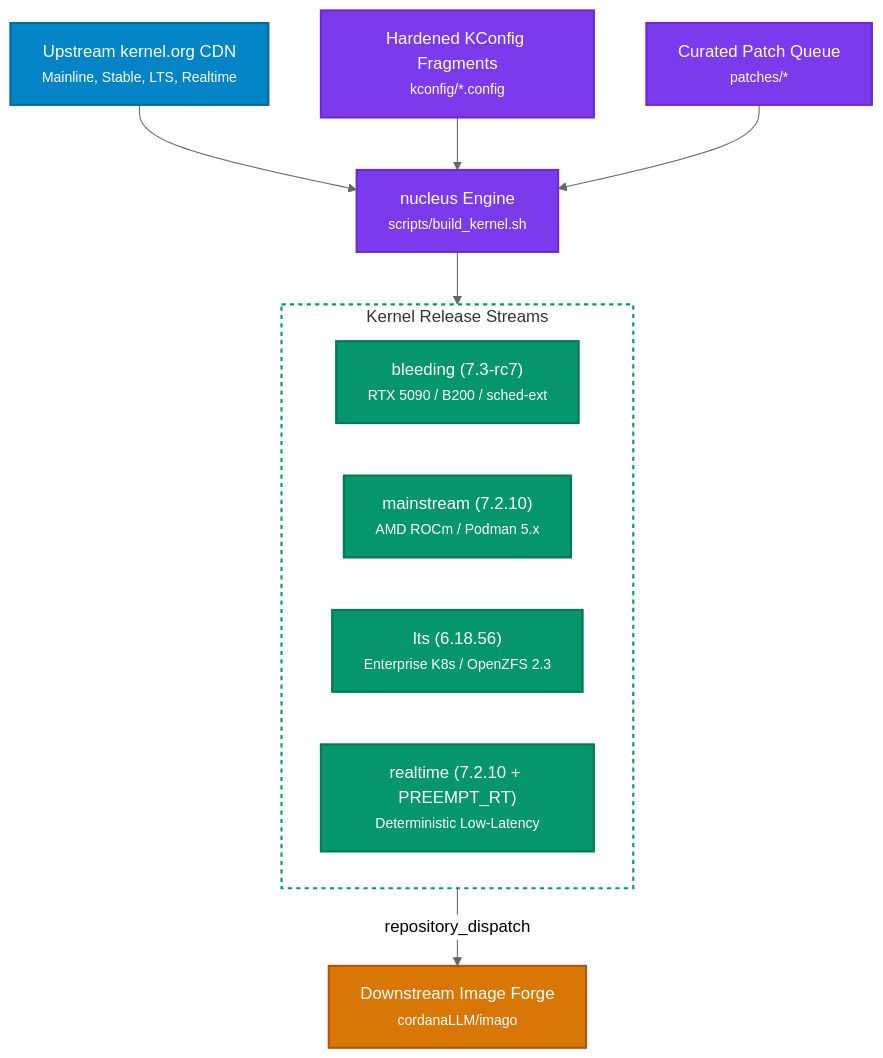
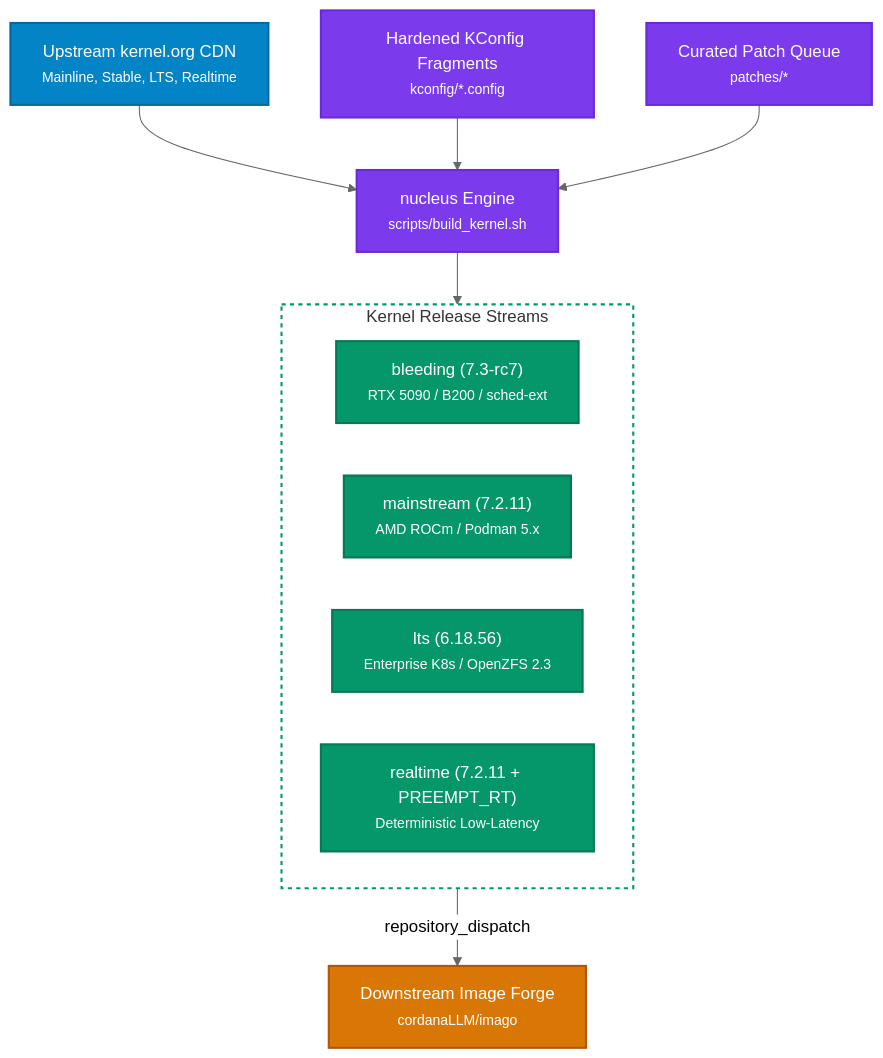
The diagram in README.md (cordanaLLM/nucleus), drawn with Mermaid (neutral theme) before and after one commit. The commit also changed other lines of this file and 18 other files, not shown here.

First line of the commit message:
chore(streams): move mainstream and realtime to Linux 7.2.11 (#241)

````diff
--- a/README.md
+++ b/README.md
@@ -49,29 +49,29 @@
 ```mermaid
 flowchart TD
     classDef upstream fill:#0284c7,stroke:#0369a1,stroke-width:2px,color:#ffffff
     classDef engine fill:#7c3aed,stroke:#6d28d9,stroke-width:2px,color:#ffffff
     classDef stream fill:#059669,stroke:#047857,stroke-width:2px,color:#ffffff
     classDef dest fill:#d97706,stroke:#b45309,stroke-width:2px,color:#ffffff
 
     Upstream["Upstream kernel.org CDN<br/><small>Mainline, Stable, LTS, Realtime</small>"]:::upstream
     Forge["nucleus Engine<br/><small>scripts/build_kernel.sh</small>"]:::engine
     KConfig["Hardened KConfig Fragments<br/><small>kconfig/*.config</small>"]:::engine
     Patches["Curated Patch Queue<br/><small>patches/*</small>"]:::engine
 
     subgraph Streams["Kernel Release Streams"]
         Bleeding["bleeding (7.3-rc7)<br/><small>RTX 5090 / B200 / sched-ext</small>"]:::stream
-        Mainstream["mainstream (7.2.10)<br/><small>AMD ROCm / Podman 5.x</small>"]:::stream
+        Mainstream["mainstream (7.2.11)<br/><small>AMD ROCm / Podman 5.x</small>"]:::stream
         LTS["lts (6.18.56)<br/><small>Enterprise K8s / OpenZFS 2.3</small>"]:::stream
-        RT["realtime (7.2.10 + PREEMPT_RT)<br/><small>Deterministic Low-Latency</small>"]:::stream
+        RT["realtime (7.2.11 + PREEMPT_RT)<br/><small>Deterministic Low-Latency</small>"]:::stream
     end
 
     Downstream["Downstream Image Forge<br/><small>cordanaLLM/imago</small>"]:::dest
 
     Upstream --> Forge
     KConfig --> Forge
     Patches --> Forge
     Forge --> Streams
     Streams -->|"repository_dispatch"| Downstream
 
     style Streams fill:none,stroke:#059669,stroke-width:2px,stroke-dasharray: 4 4
 ```
````
